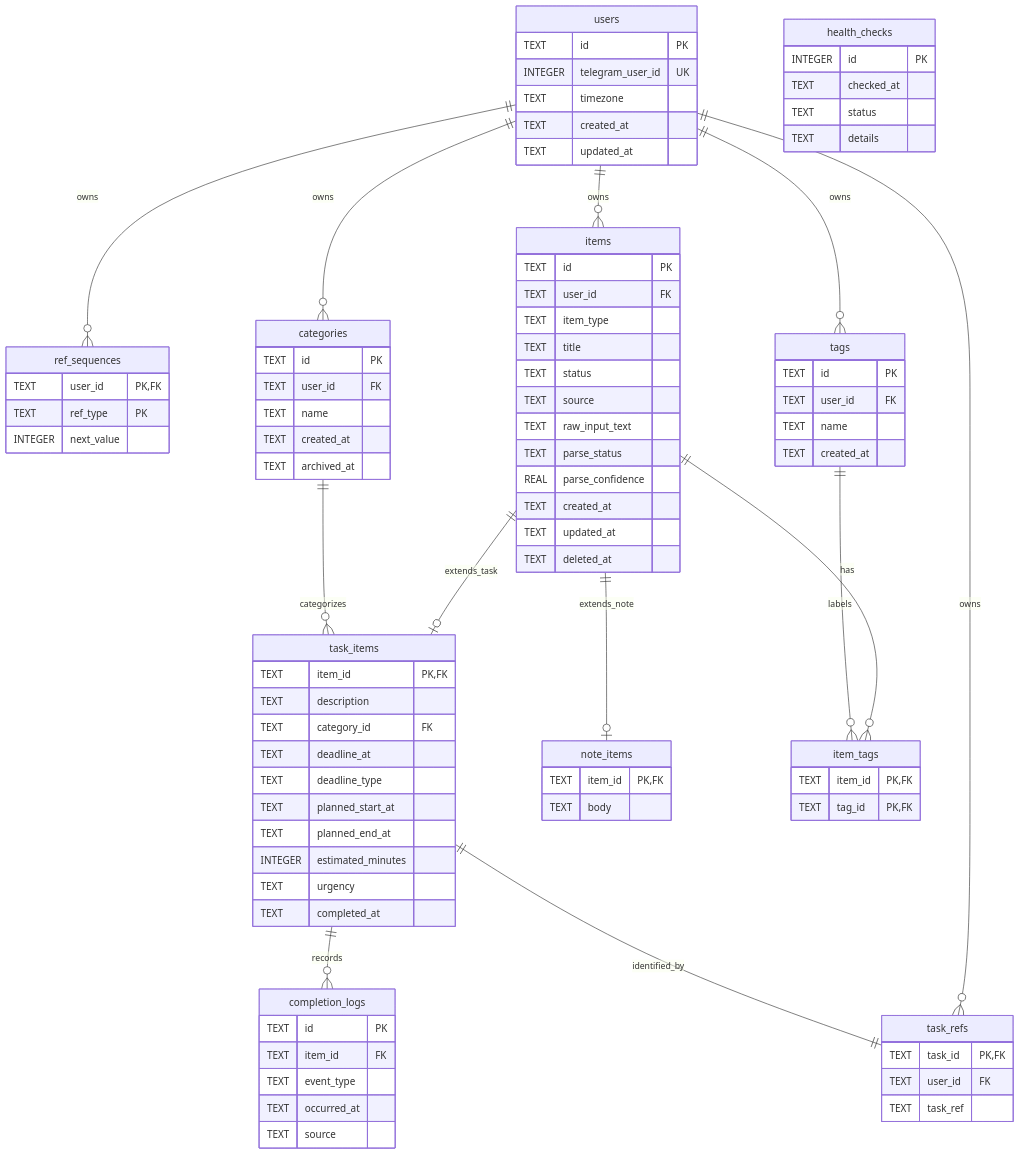
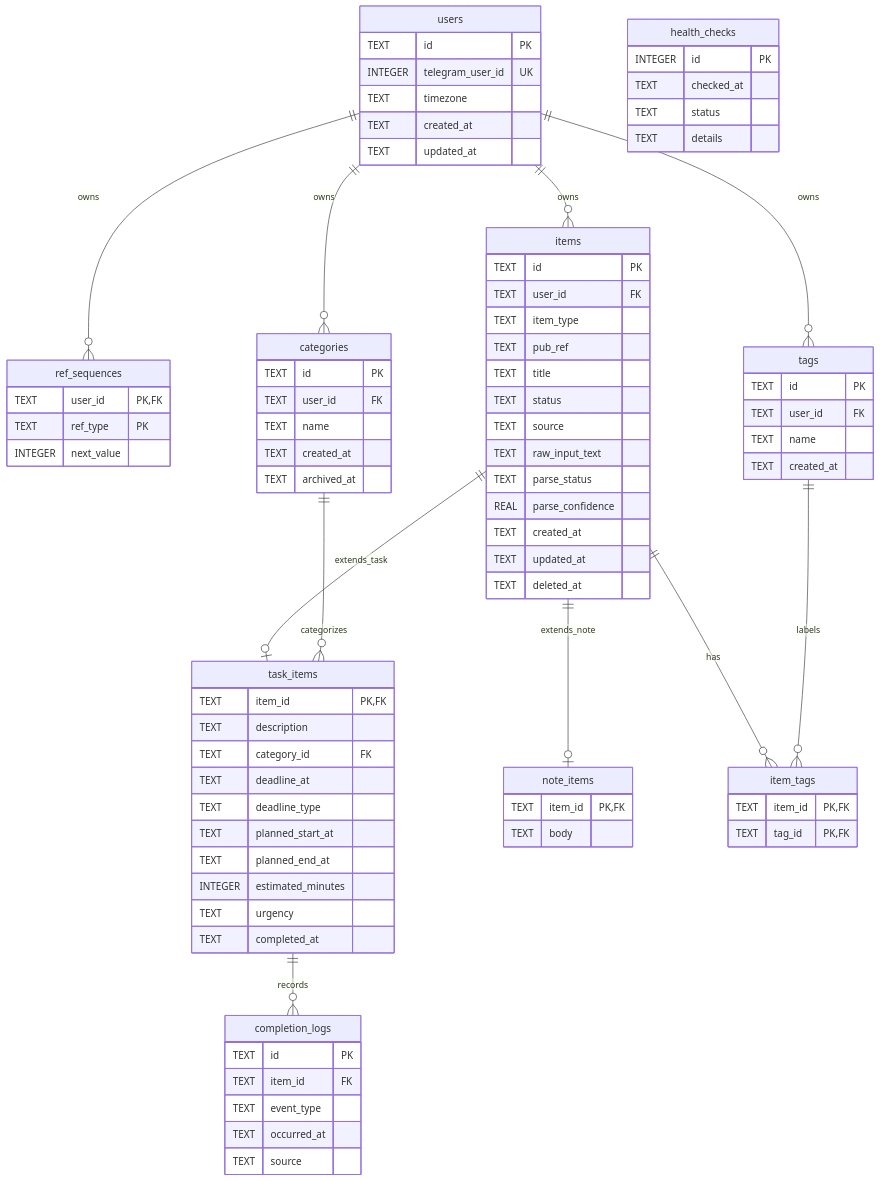
Before and after one commit to FPynk/teleSecretary: the diagram in docs/Database-diagram.md, drawn with Mermaid. The commit also changed other lines of this file and 9 other files, not shown here.

```diff
--- a/docs/Database-diagram.md
+++ b/docs/Database-diagram.md
@@ -27,6 +27,7 @@
         TEXT id PK
         TEXT user_id FK
         TEXT item_type
+        TEXT pub_ref
         TEXT title
         TEXT status
         TEXT source
@@ -66,12 +67,6 @@
         TEXT completed_at
     }
 
-    task_refs {
-        TEXT task_id PK, FK
-        TEXT user_id FK
-        TEXT task_ref
-    }
-
     note_items {
         TEXT item_id PK, FK
         TEXT body
@@ -94,14 +89,12 @@
     users ||--o{ items : owns
     users ||--o{ categories : owns
     users ||--o{ tags : owns
-    users ||--o{ task_refs : owns
 
     items ||--o| task_items : extends_task
     items ||--o| note_items : extends_note
 
     categories ||--o{ task_items : categorizes
     task_items ||--o{ completion_logs : records
-    task_items ||--|| task_refs : identified_by
 
     items ||--o{ item_tags : has
     tags ||--o{ item_tags : labels
```
